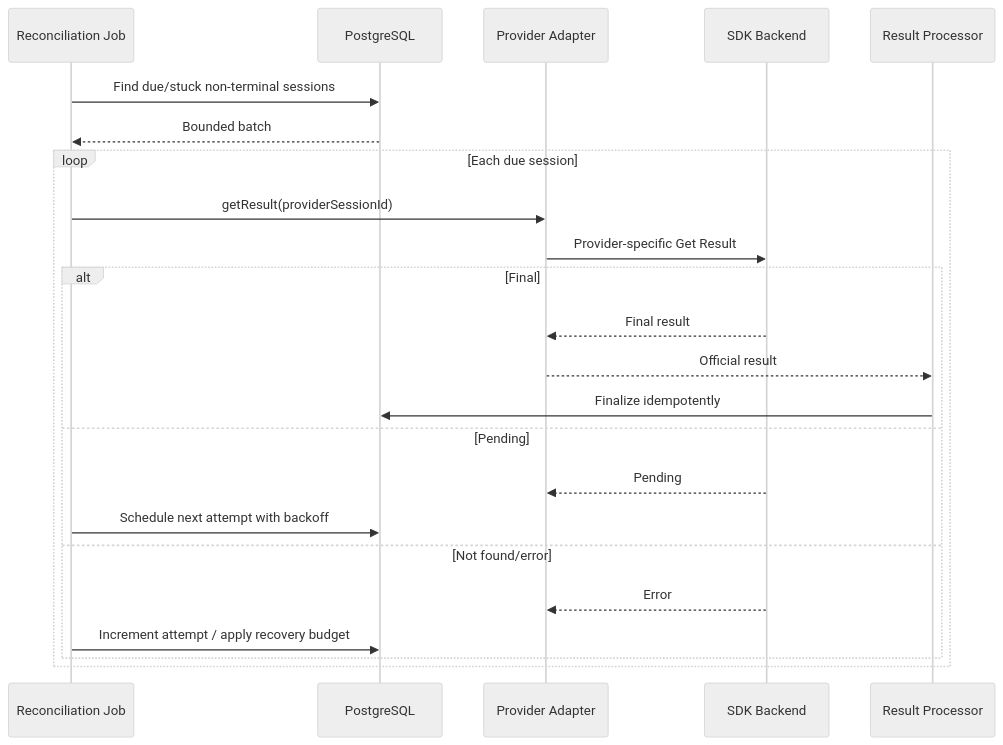
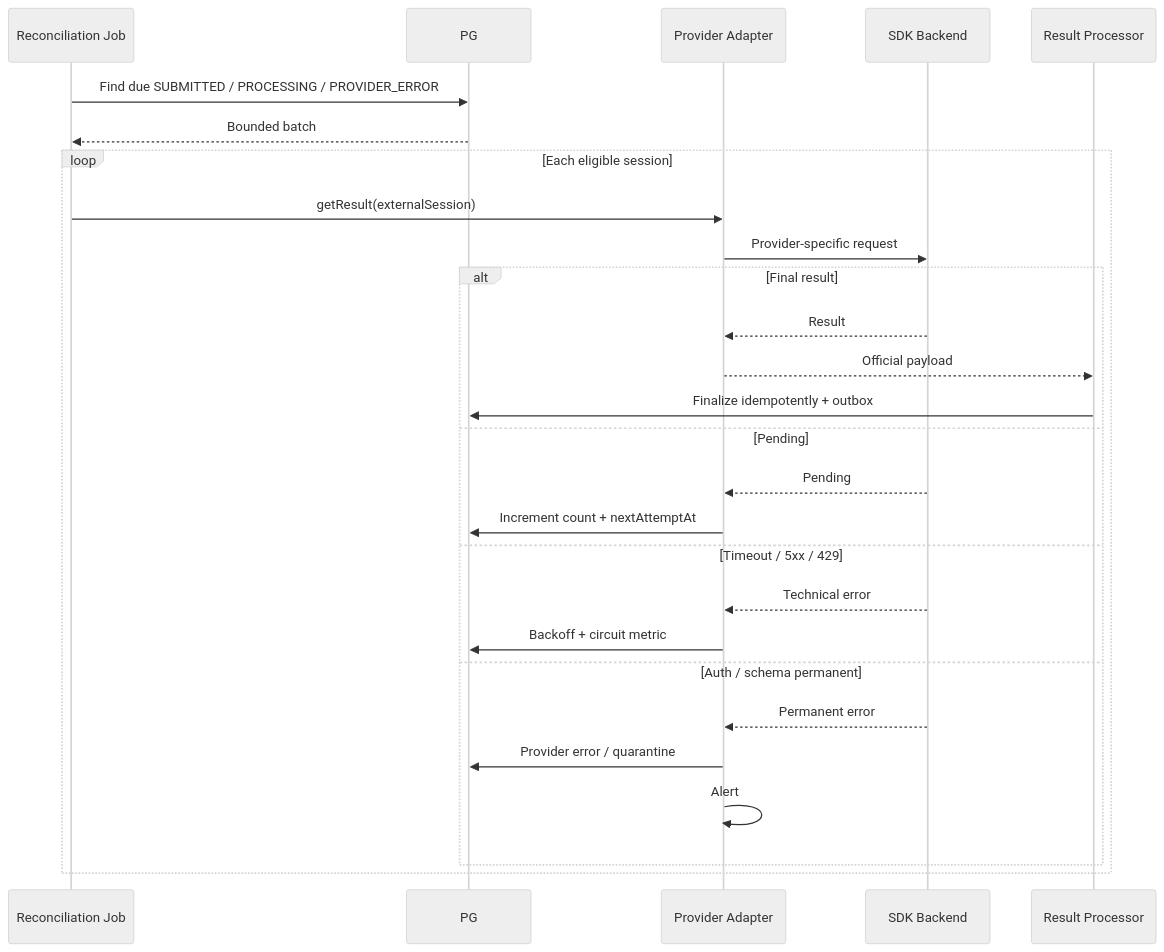
One commit to huynv-xyz/vhm changed diagram 18 of 22 in tdd2.md. Above: the diagram before and after it, drawn with Mermaid (neutral theme). The commit also changed other lines of this file, not shown here.

````diff
--- a/tdd2.md
+++ b/tdd2.md
@@ -653,25 +1672,29 @@
 ```mermaid
 sequenceDiagram
     participant JOB as Reconciliation Job
-    participant DB as PostgreSQL
+    participant PG
     participant ADAPTER as Provider Adapter
-    participant BACKEND as SDK Backend
-    participant PROCESSOR as Result Processor
-    JOB->>DB: Find due/stuck non-terminal sessions
-    DB-->>JOB: Bounded batch
-    loop Each due session
-        JOB->>ADAPTER: getResult(providerSessionId)
-        ADAPTER->>BACKEND: Provider-specific Get Result
-        alt Final
-            BACKEND-->>ADAPTER: Final result
-            ADAPTER-->>PROCESSOR: Official result
-            PROCESSOR->>DB: Finalize idempotently
+    participant PROVIDER as SDK Backend
+    participant RP as Result Processor
+    JOB->>PG: Find due SUBMITTED / PROCESSING / PROVIDER_ERROR
+    PG-->>JOB: Bounded batch
+    loop Each eligible session
+        JOB->>ADAPTER: getResult(externalSession)
+        ADAPTER->>PROVIDER: Provider-specific request
+        alt Final result
+            PROVIDER-->>ADAPTER: Result
+            ADAPTER-->>RP: Official payload
+            RP->>PG: Finalize idempotently + outbox
         else Pending
-            BACKEND-->>ADAPTER: Pending
-            JOB->>DB: Schedule next attempt with backoff
-        else Not found/error
-            BACKEND-->>ADAPTER: Error
-            JOB->>DB: Increment attempt / apply recovery budget
+            PROVIDER-->>ADAPTER: Pending
+            ADAPTER->>PG: Increment count + nextAttemptAt
+        else Timeout / 5xx / 429
+            PROVIDER-->>ADAPTER: Technical error
+            ADAPTER->>PG: Backoff + circuit metric
+        else Auth / schema permanent
+            PROVIDER-->>ADAPTER: Permanent error
+            ADAPTER->>PG: Provider error / quarantine
+            ADAPTER->>ADAPTER: Alert
         end
     end
 ```
````
